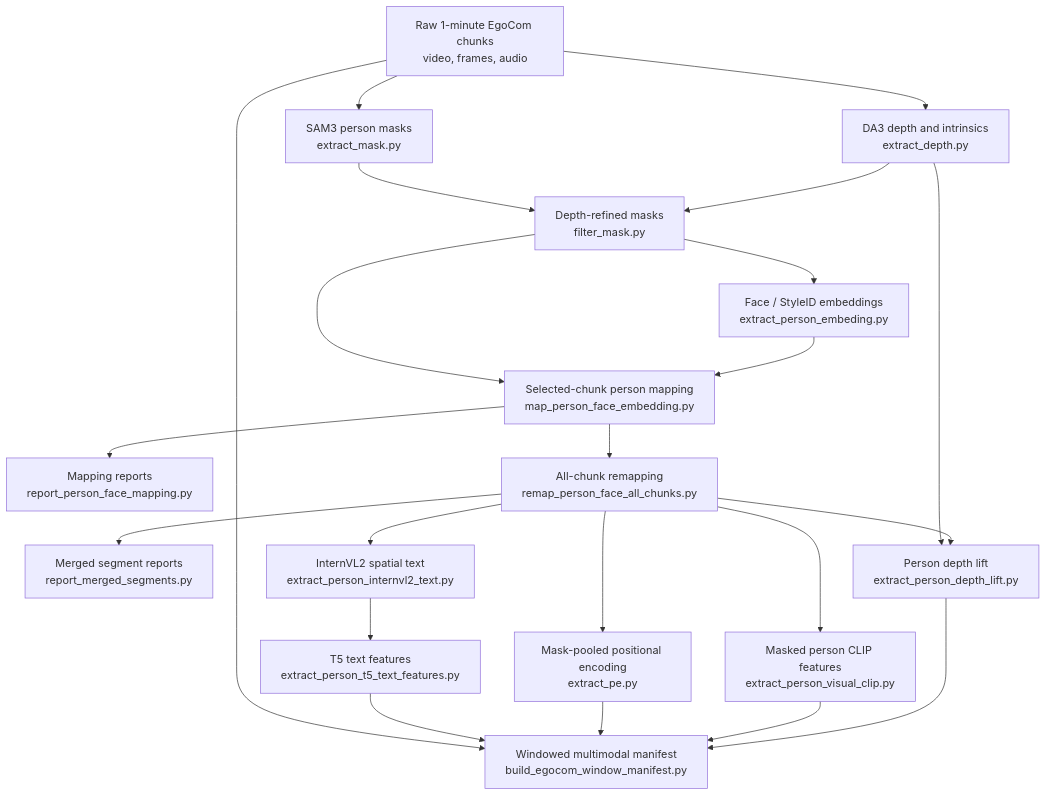
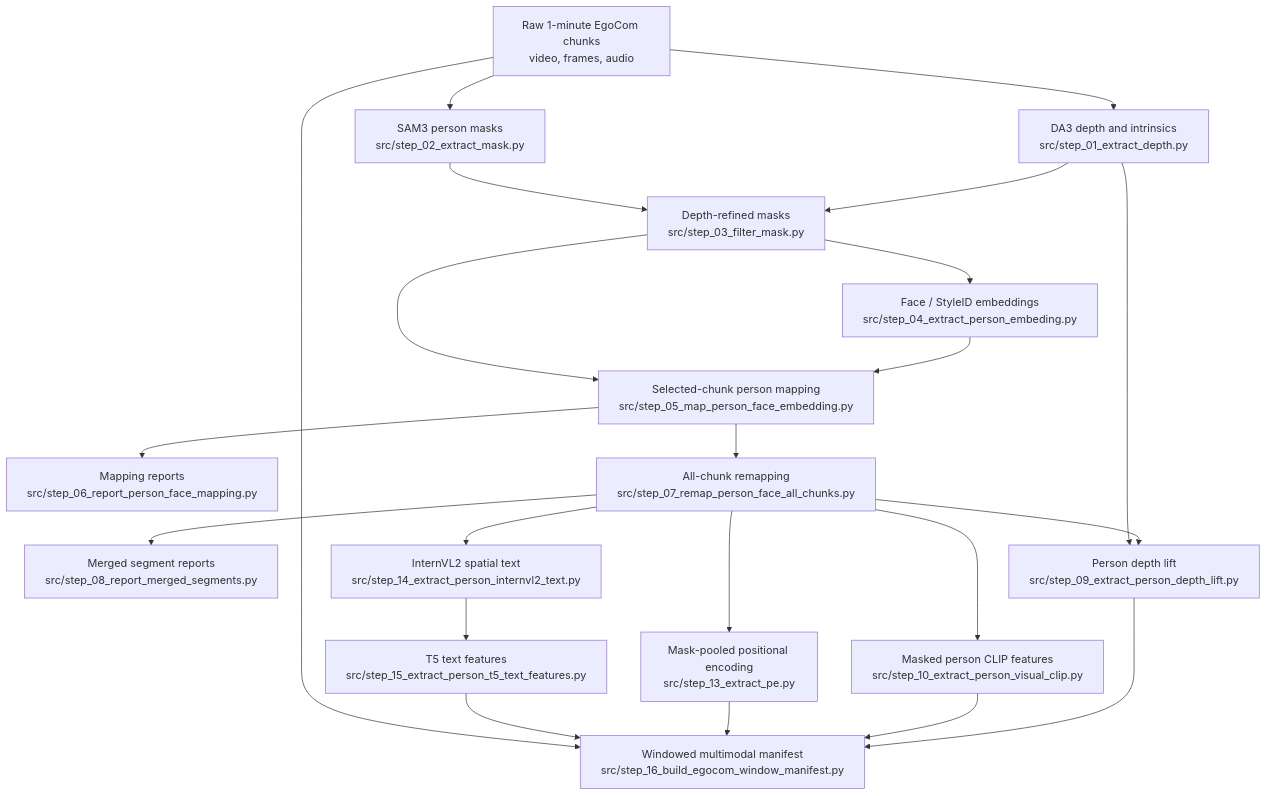
One commit to beautifulchoi/egocom-preprocess changed the diagram in procedure.md. Above: the diagram before and after it, drawn with Mermaid. The commit also changed other lines of this file and 35 other files, not shown here.

````diff
--- a/procedure.md
+++ b/procedure.md
@@ -7,40 +7,40 @@
 ```mermaid
 flowchart TD
     raw[Raw 1-minute EgoCom chunks\nvideo, frames, audio]
-    depth[DA3 depth and intrinsics\nextract_depth.py]
-    mask[SAM3 person masks\nextract_mask.py]
-    refined[Depth-refined masks\nfilter_mask.py]
-    face[Face / StyleID embeddings\nextract_person_embeding.py]
-    map[Selected-chunk person mapping\nmap_person_face_embedding.py]
-    reports[Mapping reports\nreport_person_face_mapping.py]
-    remap[All-chunk remapping\nremap_person_face_all_chunks.py]
-    merge_reports[Merged segment reports\nreport_merged_segments.py]
-    lift[Person depth lift\nextract_person_depth_lift.py]
-    clip[Masked person CLIP features\nextract_person_visual_clip.py]
-    pe[Mask-pooled positional encoding\nextract_pe.py]
-    text[InternVL2 spatial text\nextract_person_internvl2_text.py]
-    t5[T5 text features\nextract_person_t5_text_features.py]
-    manifest[Windowed multimodal manifest\nbuild_egocom_window_manifest.py]
+    depth[DA3 depth and intrinsics\nsrc/step_01_extract_depth.py]
+    mask[SAM3 person masks\nsrc/step_02_extract_mask.py]
+    refined[Depth-refined masks\nsrc/step_03_filter_mask.py]
+    face[Face / StyleID embeddings\nsrc/step_04_extract_person_embeding.py]
+    map[Selected-chunk person mapping\nsrc/step_05_map_person_face_embedding.py]
+    reports[Mapping reports\nsrc/step_06_report_person_face_mapping.py]
+    remap[All-chunk remapping\nsrc/step_07_remap_person_face_all_chunks.py]
+    merge_reports[Merged segment reports\nsrc/step_08_report_merged_segments.py]
+    lift[Person depth lift\nsrc/step_09_extract_person_depth_lift.py]
+    clip[Masked person CLIP features\nsrc/step_10_extract_person_visual_clip.py]
+    pe[Mask-pooled positional encoding\nsrc/step_13_extract_pe.py]
+    text[InternVL2 spatial text\nsrc/step_14_extract_person_internvl2_text.py]
+    t5[T5 text features\nsrc/step_15_extract_person_t5_text_features.py]
+    manifest[Windowed multimodal manifest\nsrc/step_16_build_egocom_window_manifest.py]
 
     raw --> depth
     raw --> mask
     depth --> refined
     mask --> refined
     refined --> face
     face --> map
     refined --> map
     map --> reports
     map --> remap
     remap --> merge_reports
     remap --> lift
     remap --> clip
     remap --> pe
     remap --> text
     depth --> lift
     text --> t5
     lift --> manifest
     clip --> manifest
     pe --> manifest
     t5 --> manifest
     raw --> manifest
 ```
````
